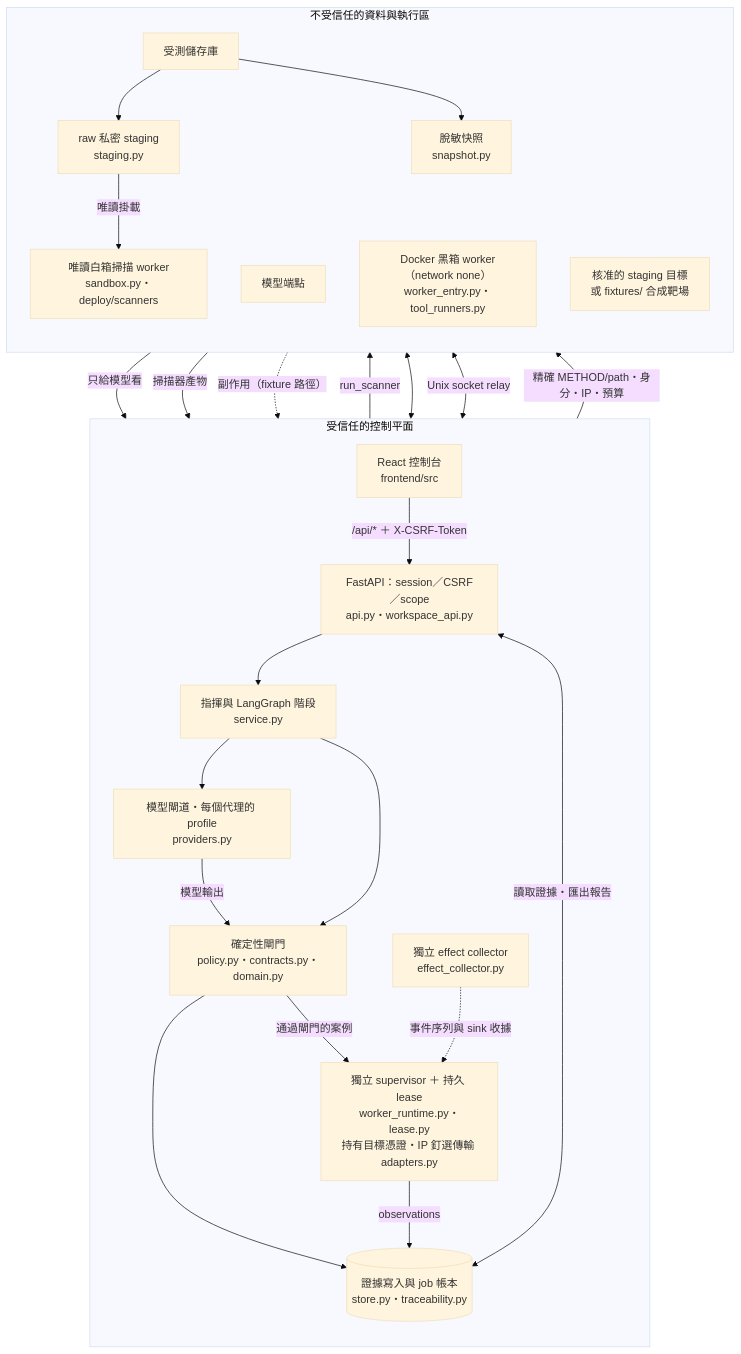
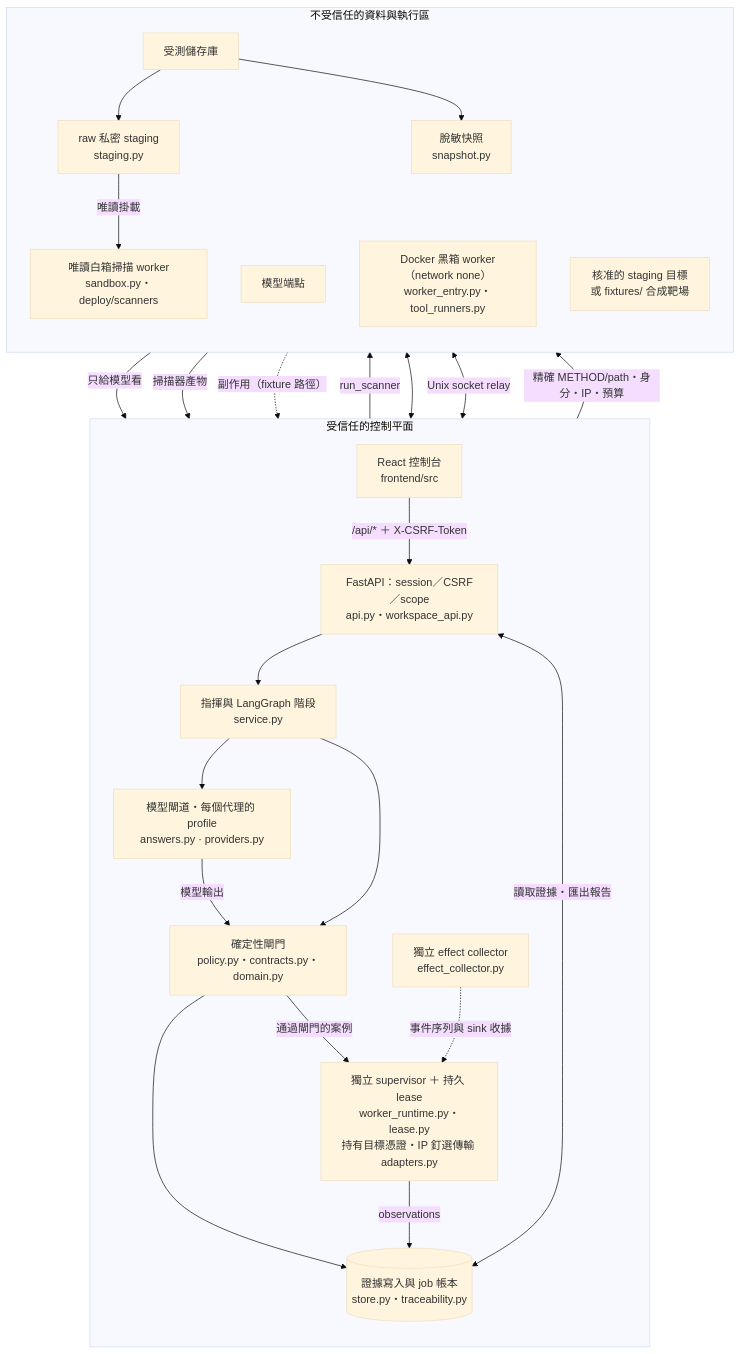
Before and after one commit to chinchiang/MultiAgentBeta: the first of 2 diagrams in docs/ARCHITECTURE.md, drawn with Mermaid (base theme). The commit also changed other lines of this file and 5 other files, not shown here.

First line of the commit message:
模型回答 5/5：文件與用語跟上 ModelAnswers（IMPLEMENTATION、ARCHITECTURE、GLOSSARY）

````diff
--- a/docs/ARCHITECTURE.md
+++ b/docs/ARCHITECTURE.md
@@ -5,44 +5,44 @@
 ```mermaid
 flowchart TB
   subgraph CP["受信任的控制平面"]
     direction TB
     UI["React 控制台<br/>frontend/src"]
     API["FastAPI：session／CSRF／scope<br/>api.py・workspace_api.py"]
     C["指揮與 LangGraph 階段<br/>service.py"]
-    MG["模型閘道・每個代理的 profile<br/>providers.py"]
+    MG["模型閘道・每個代理的 profile<br/>answers.py · providers.py"]
     G["確定性閘門<br/>policy.py・contracts.py・domain.py"]
     SUP["獨立 supervisor ＋ 持久 lease<br/>worker_runtime.py・lease.py<br/>持有目標憑證・IP 釘選傳輸 adapters.py"]
     EC["獨立 effect collector<br/>effect_collector.py"]
     DB[("證據寫入與 job 帳本<br/>store.py・traceability.py")]
   end
   subgraph UT["不受信任的資料與執行區"]
     direction TB
     REPO["受測儲存庫"]
     ST["raw 私密 staging<br/>staging.py"]
     SN["脫敏快照<br/>snapshot.py"]
     LLM["模型端點"]
     SC["唯讀白箱掃描 worker<br/>sandbox.py・deploy/scanners"]
     BW["Docker 黑箱 worker（network none）<br/>worker_entry.py・tool_runners.py"]
     T["核准的 staging 目標<br/>或 fixtures/ 合成靶場"]
   end
   UI -->|"/api/* ＋ X-CSRF-Token"| API
   API --> C
   REPO --> ST
   REPO --> SN
   C -->|"run_scanner"| SC
   ST -->|"唯讀掛載"| SC
   C --> MG
   SN -->|"只給模型看"| MG
   MG <--> LLM
   MG -->|"模型輸出"| G
   SC -->|"掃描器產物"| G
   C --> G
   G -->|"通過閘門的案例"| SUP
   SUP <-->|"Unix socket relay"| BW
   SUP -->|"精確 METHOD/path・身分・IP・預算"| T
   T -.->|"副作用（fixture 路徑）"| EC
   EC -.->|"事件序列與 sink 收據"| SUP
   G --> DB
   SUP -->|"observations"| DB
   API <-->|"讀取證據・匯出報告"| DB
 ```
````
